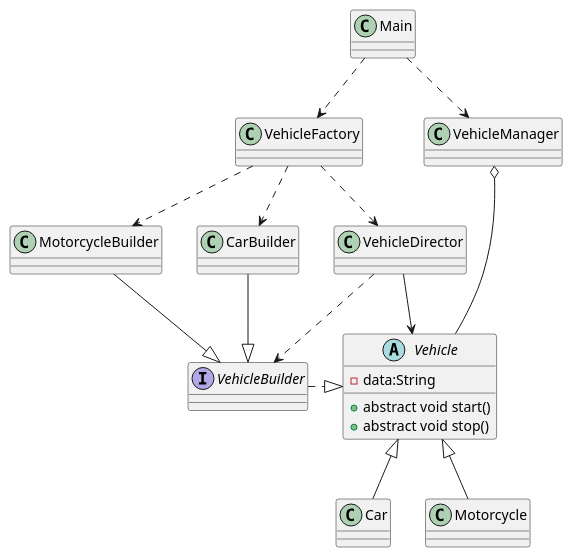
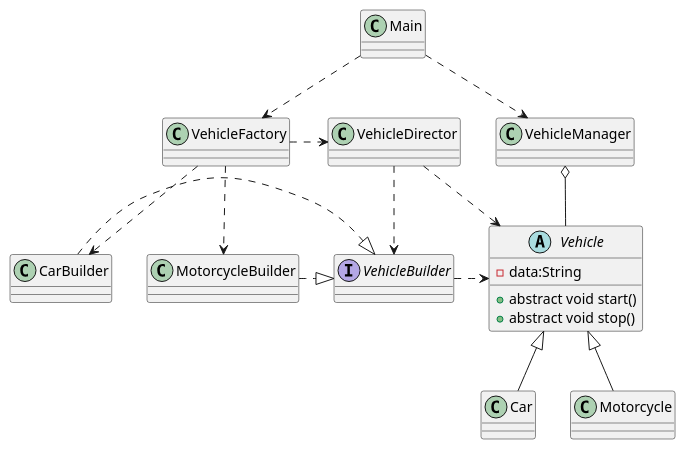
One commit to RyanRen2023/s3ooplabs changed the diagram in lab01.puml. Above: the diagram before and after it, drawn with PlantUML.

Commit message:
modify the lab01.uml relationship

```diff
--- a/lab01.puml
+++ b/lab01.puml
@@ -1,50 +1,50 @@
 @startuml
 abstract class Vehicle {
     - data:String
      +abstract void start()
      +abstract void stop()
     
 }
 
 class VehicleDirector
 class VehicleFactory
 class VehicleManager 
 class MotorcycleBuilder
 interface VehicleBuilder
 class Car
 class Main
 
 ' main relationship
 Main ..> VehicleFactory
 Main ..> VehicleManager
 
 ' VehicleFactory relationship
 VehicleFactory .> VehicleDirector
 VehicleFactory ..> MotorcycleBuilder
 VehicleFactory ..> CarBuilder
 
 'CarBuilder <. VehicleFactory
 
 'vehicle director relationship
-VehicleDirector --> Vehicle
+VehicleDirector ..> Vehicle
 VehicleDirector ..> VehicleBuilder
 
 'vhicle relationship
 Vehicle <|-- Car
 Vehicle <|-- Motorcycle
 
 'vehicle builder relationship
-VehicleBuilder .|> Vehicle
-CarBuilder --|>VehicleBuilder
-MotorcycleBuilder --|>VehicleBuilder
+VehicleBuilder .> Vehicle
+CarBuilder .|>VehicleBuilder
+MotorcycleBuilder .|>VehicleBuilder
 
 
 
 
 
 
 
 
 VehicleManager o-- Vehicle
 
 @enduml
```
